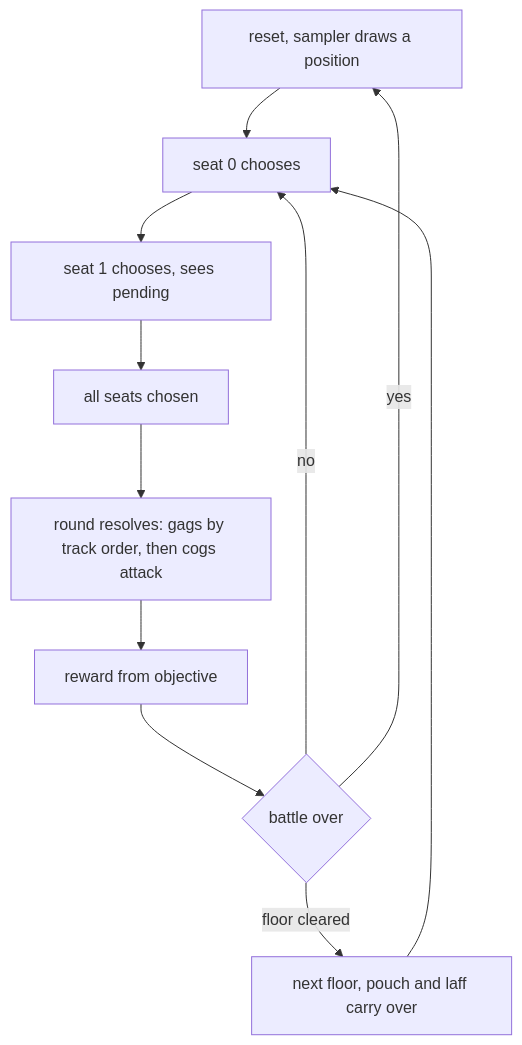
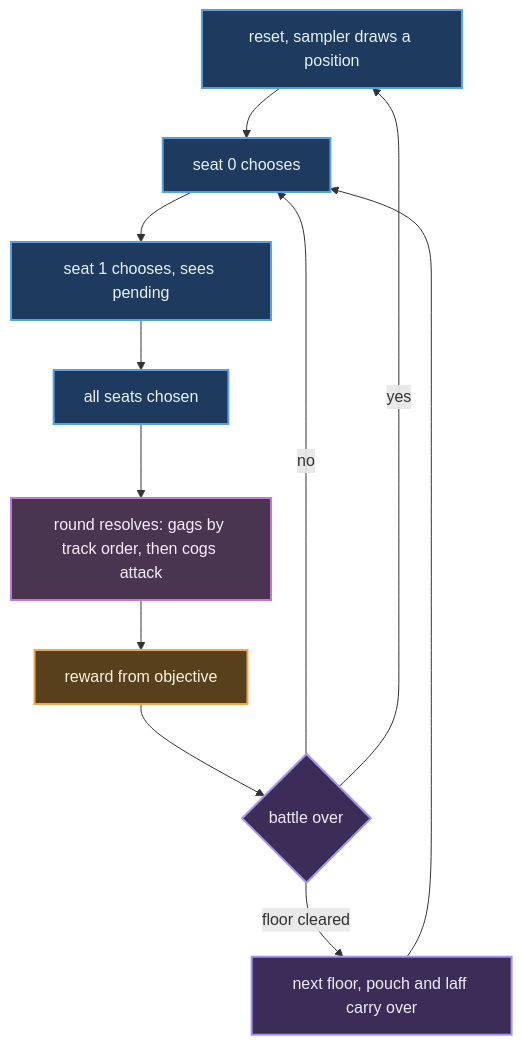
One commit to Angle-Brackets/TTRSolver changed the sixth of 7 diagrams in README.md. Above: the diagram before and after it, drawn with Mermaid. The commit also changed other lines of this file, not shown here.

First line of the commit message:
README: current architecture, consumables, and coloured diagrams

````diff
--- a/README.md
+++ b/README.md
@@ -367,13 +495,24 @@
 ```mermaid
 flowchart TD
     R[reset, sampler draws a position] --> S[seat 0 chooses]
     S --> S2[seat 1 chooses, sees pending]
     S2 --> S3[all seats chosen]
     S3 --> RES[round resolves: gags by track order, then cogs attack]
     RES --> RW[reward from objective]
     RW --> Q{battle over}
     Q -->|no| S
     Q -->|floor cleared| NF[next floor, pouch and laff carry over]
     NF --> S
     Q -->|yes| R
+
+    classDef pos fill:#1e3a5f,stroke:#5aa0e0,stroke-width:2px,color:#eaf3fc
+    classDef search fill:#3b2d58,stroke:#a394ee,stroke-width:2px,color:#f1ecfd
+    classDef policy fill:#0e4a43,stroke:#33c4b2,stroke-width:2px,color:#e4fbf8
+    classDef score fill:#59401d,stroke:#eaa94d,stroke-width:2px,color:#fdf2e2
+    classDef result fill:#1d4a29,stroke:#4fc36d,stroke-width:2px,color:#e8faed
+    classDef chance fill:#4a3550,stroke:#c07ad6,stroke-width:2px,color:#f9ecfc
+    class R,S,S2,S3 pos
+    class RES chance
+    class RW score
+    class Q,NF search
 ```
````
